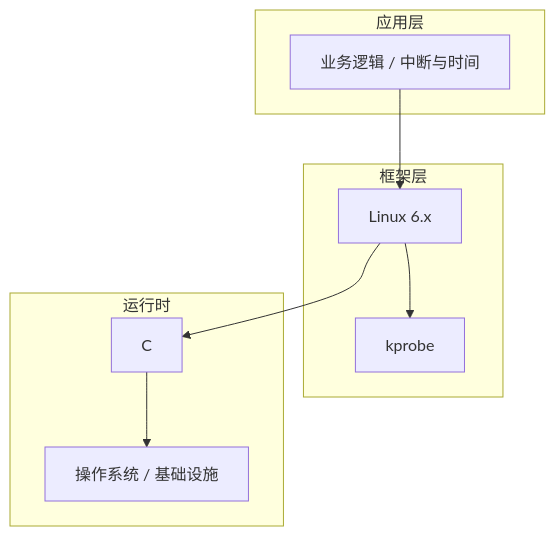
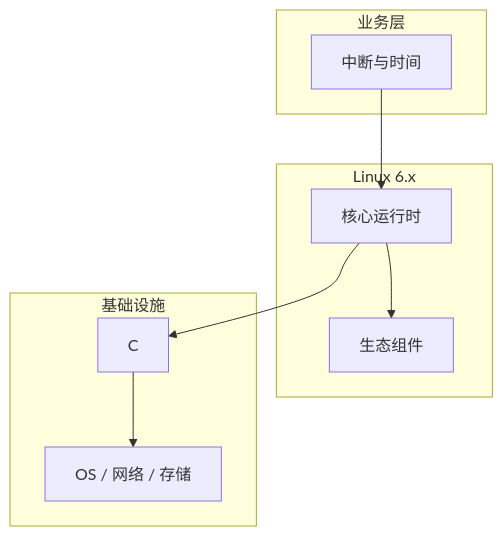
Before and after one commit to yanggan2015/knowledge-json-v2: the diagram in articles/Linux内核/chapters/061-中断与时间核心概念与原理.md, drawn with Mermaid. The commit also changed other lines of this file and 10127 other files, not shown here.

````diff
--- a/articles/Linux内核/chapters/061-中断与时间核心概念与原理.md
+++ b/articles/Linux内核/chapters/061-中断与时间核心概念与原理.md
@@ -45,18 +34,18 @@
 ```mermaid
 graph TB
-    subgraph 应用层
-        A[业务逻辑 / 中断与时间]
+    subgraph 业务层
+        A[中断与时间]
     end
-    subgraph 框架层
-        B[Linux 6.x]
-        C[kprobe]
+    subgraph Linux 6.x
+        B[核心运行时]
+        C[生态组件]
     end
-    subgraph 运行时
+    subgraph 基础设施
         D[C]
-        E[操作系统 / 基础设施]
+        E[OS / 网络 / 存储]
     end
     A --> B
     B --> C
     B --> D
     D --> E
 ```
````
